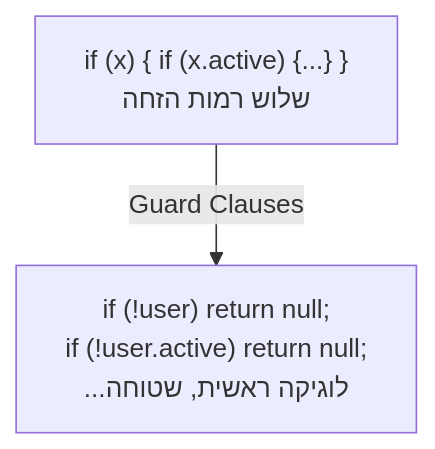
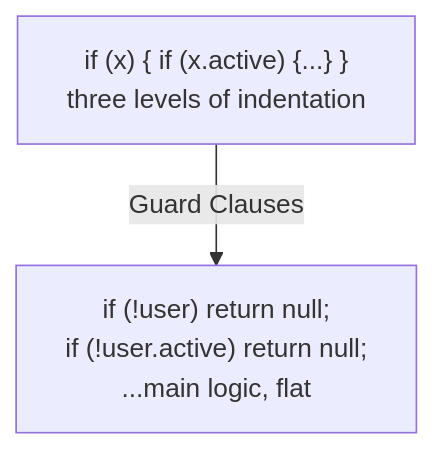
One commit to neriyaMalachi/FullStack_kodkode_5 changed the diagram in content/docs/javascript/14-js-clean-code-content.md. Above: the diagram before and after it, drawn with Mermaid. The commit also changed other lines of this file and 117 other files, not shown here.

````diff
--- a/content/docs/javascript/14-js-clean-code-content.md
+++ b/content/docs/javascript/14-js-clean-code-content.md
@@ -49,7 +49,7 @@
 ```mermaid
 flowchart TD
     A["if (x) { if (x.active) {...} }
-    שלוש רמות הזחה"] -->|"Guard Clauses"| B["if (!user) return null;
+    three levels of indentation"] -->|"Guard Clauses"| B["if (!user) return null;
     if (!user.active) return null;
-    ...לוגיקה ראשית, שטוחה"]
+    ...main logic, flat"]
 ```
````
